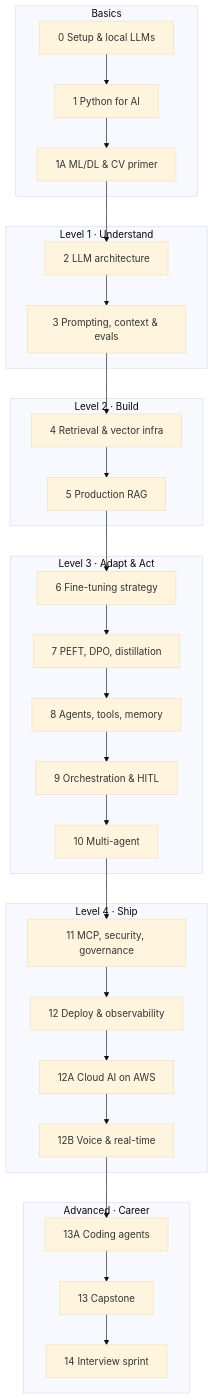
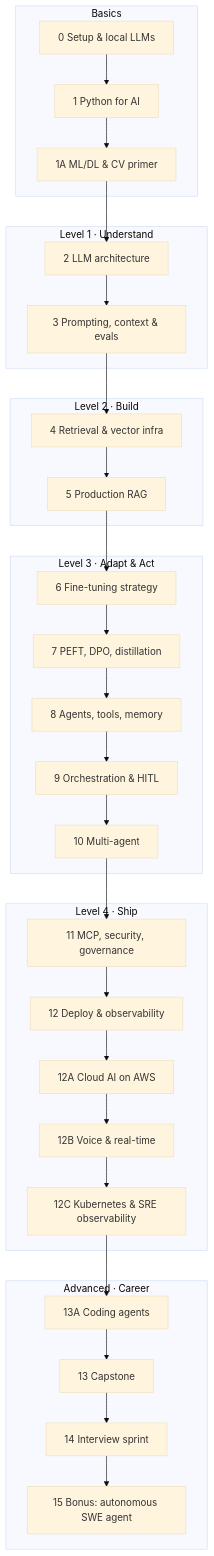
One commit to Machindra220/rag-agents-masterclass changed the diagram in SYLLABUS.md. Above: the diagram before and after it, drawn with Mermaid (base theme). The commit also changed other lines of this file and 6 other files, not shown here.

````diff
--- a/SYLLABUS.md
+++ b/SYLLABUS.md
@@ -51,26 +53,26 @@
 ```mermaid
 flowchart TB
     subgraph L0["Basics"]
         M0[0 Setup & local LLMs] --> M1[1 Python for AI] --> M1A[1A ML/DL & CV primer]
     end
     subgraph L1["Level 1 · Understand"]
         M2[2 LLM architecture] --> M3[3 Prompting, context & evals]
     end
     subgraph L2["Level 2 · Build"]
         M4[4 Retrieval & vector infra] --> M5[5 Production RAG]
     end
     subgraph L3["Level 3 · Adapt & Act"]
         M6[6 Fine-tuning strategy] --> M7[7 PEFT, DPO, distillation] --> M8[8 Agents, tools, memory] --> M9[9 Orchestration & HITL] --> M10[10 Multi-agent]
     end
     subgraph L4["Level 4 · Ship"]
-        M11[11 MCP, security, governance] --> M12[12 Deploy & observability] --> M12A[12A Cloud AI on AWS] --> M12B[12B Voice & real-time]
+        M11[11 MCP, security, governance] --> M12[12 Deploy & observability] --> M12A[12A Cloud AI on AWS] --> M12B[12B Voice & real-time] --> M12C[12C Kubernetes & SRE observability]
     end
     subgraph L5["Advanced · Career"]
-        M13A[13A Coding agents] --> M13[13 Capstone] --> M14[14 Interview sprint]
+        M13A[13A Coding agents] --> M13[13 Capstone] --> M14[14 Interview sprint] --> M15[15 Bonus: autonomous SWE agent]
     end
     M1A --> M2
     M3 --> M4
     M5 --> M6
     M10 --> M11
-    M12B --> M13A
+    M12C --> M13A
 ```
````
